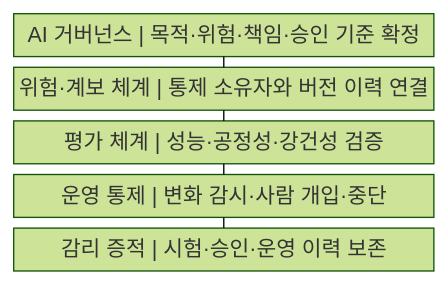
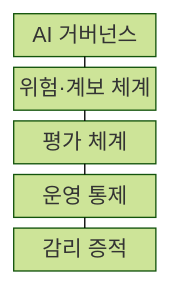
One commit to agnusdei1207/knowledge-base changed the first of 2 diagrams in src/content/docs/notes/03-software/228_ai_software_audit.md. Above: the diagram before and after it, drawn with Mermaid (forest theme). The commit also changed other lines of this file and 238 other files, not shown here.

````diff
--- a/src/content/docs/notes/03-software/228_ai_software_audit.md
+++ b/src/content/docs/notes/03-software/228_ai_software_audit.md
@@ -56,13 +56,13 @@
 ```mermaid
-block
+block-beta
     columns 1
-    A["AI 거버넌스 | 목적·위험·책임·승인 기준 확정"]
-    B["위험·계보 체계 | 통제 소유자와 버전 이력 연결"]
-    C["평가 체계 | 성능·공정성·강건성 검증"]
-    D["운영 통제 | 변화 감시·사람 개입·중단"]
-    E["감리 증적 | 시험·승인·운영 이력 보존"]
+    A["AI 거버넌스"]
+    B["위험·계보 체계"]
+    C["평가 체계"]
+    D["운영 통제"]
+    E["감리 증적"]
     A --- B
     B --- C
     C --- D
     D --- E
 ```
````
